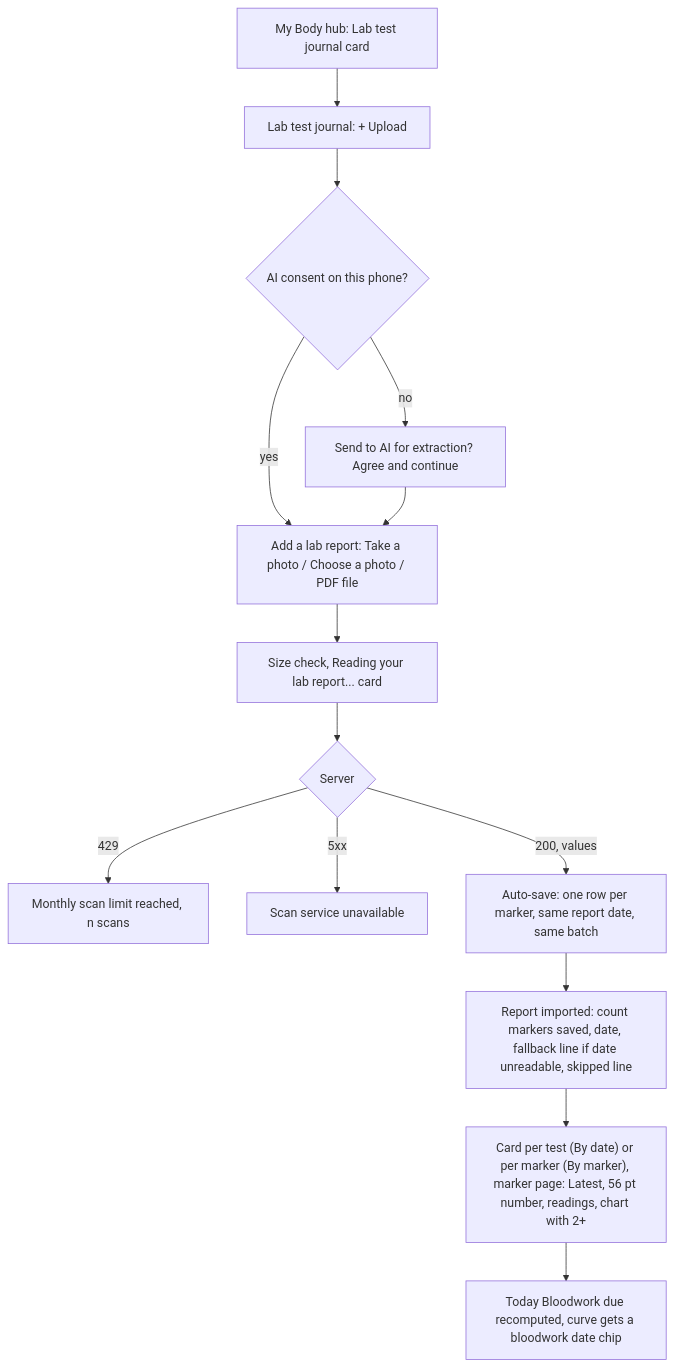
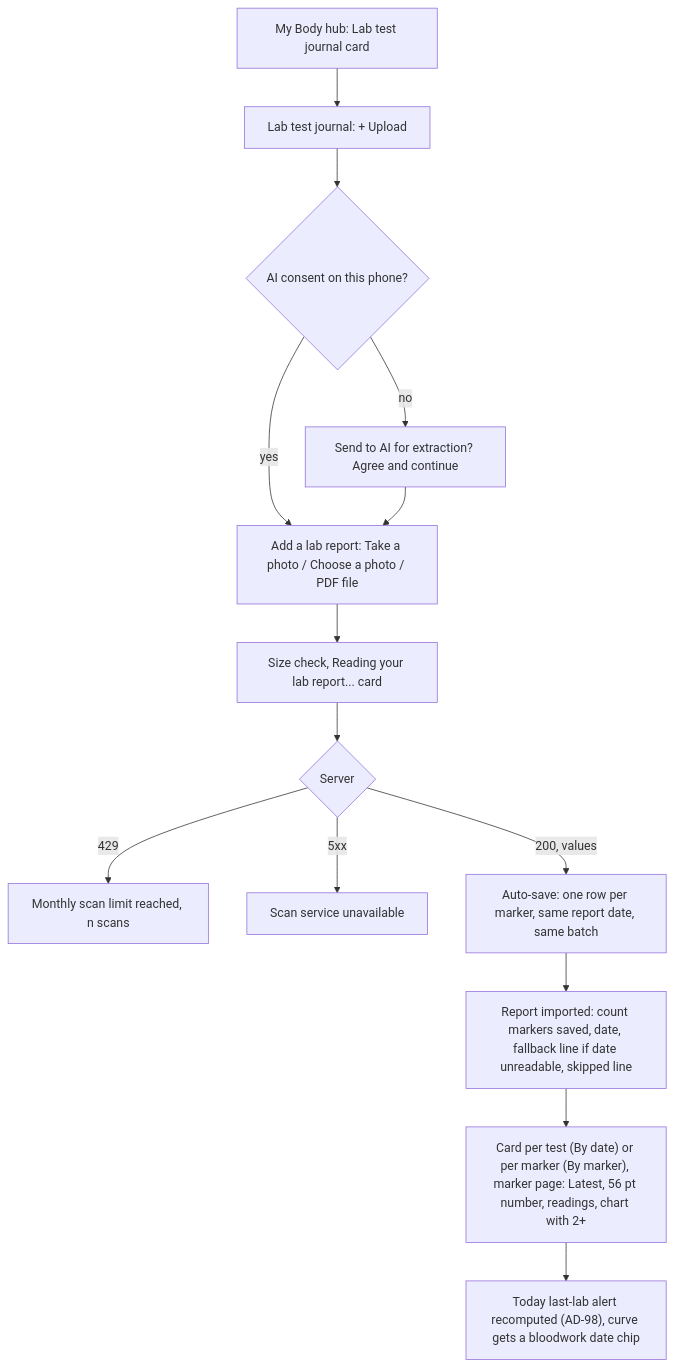
Before and after one commit to evandroviskis/dosetrace: the first of 6 diagrams in docs/product/flows/11-labs-and-vaccines.md, drawn with Mermaid. The commit also changed other lines of this file and 22 other files, not shown here.

Commit message:
docs/product: founder answers of 2026-10-15 applied (0 OPEN; AD-77..AD-109; DL-102..108; DV targets 1.3.0 / 1.3.1; sign-out never blocked); 120 diagrams render

````diff
--- a/docs/product/flows/11-labs-and-vaccines.md
+++ b/docs/product/flows/11-labs-and-vaccines.md
@@ -46,16 +46,16 @@
 ```mermaid
 flowchart TD
   A["My Body hub: Lab test journal card"] --> B["Lab test journal: + Upload"]
   B --> C{"AI consent on this phone?"}
   C -->|no| D["Send to AI for extraction? Agree and continue"]
   C -->|yes| E["Add a lab report: Take a photo / Choose a photo / PDF file"]
   D --> E
   E --> F["Size check, Reading your lab report... card"]
   F --> G{"Server"}
   G -->|429| H["Monthly scan limit reached, n scans"]
   G -->|5xx| I["Scan service unavailable"]
   G -->|200, values| J["Auto-save: one row per marker, same report date, same batch"]
   J --> K["Report imported: count markers saved, date, fallback line if date unreadable, skipped line"]
   K --> L["Card per test (By date) or per marker (By marker), marker page: Latest, 56 pt number, readings, chart with 2+"]
-  L --> M["Today Bloodwork due recomputed, curve gets a bloodwork date chip"]
+  L --> M["Today last-lab alert recomputed (AD-98), curve gets a bloodwork date chip"]
 ```
````
